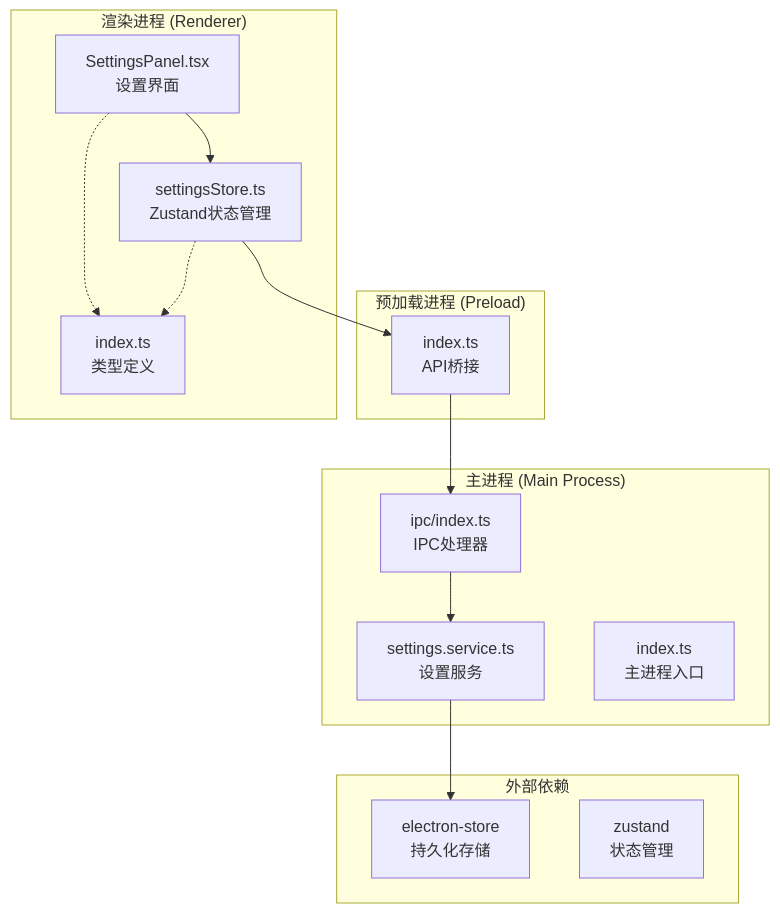
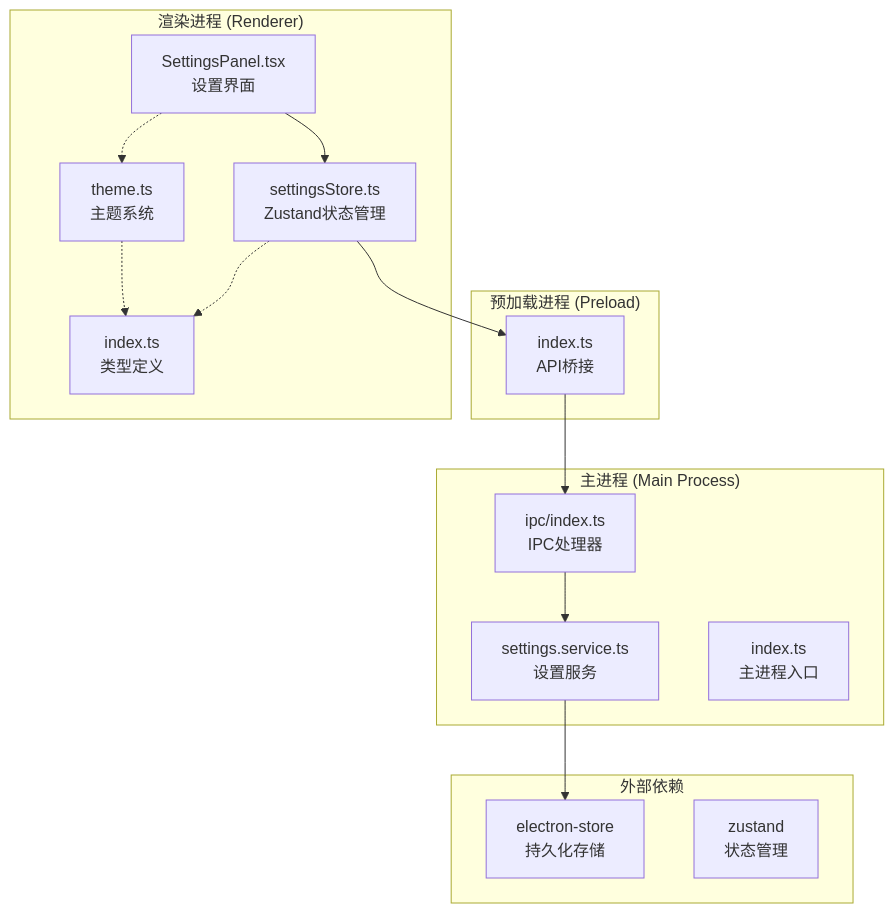
The first of 9 diagrams in .qoder/repowiki/zh/content/核心服务模块/设置管理服务.md (remgasuki/ReDoPhoto), drawn with Mermaid before and after one commit. The commit also changed other lines of this file and 10 other files, not shown here.

````diff
--- a/.qoder/repowiki/zh/content/核心服务模块/设置管理服务.md
+++ b/.qoder/repowiki/zh/content/核心服务模块/设置管理服务.md
@@ -42,27 +53,29 @@
 ```mermaid
 graph TB
 subgraph "主进程 (Main Process)"
 MS[settings.service.ts<br/>设置服务]
 IPC[ipc/index.ts<br/>IPC处理器]
 MAIN[index.ts<br/>主进程入口]
 end
 subgraph "预加载进程 (Preload)"
 PRE[index.ts<br/>API桥接]
 end
 subgraph "渲染进程 (Renderer)"
 STORE[settingsStore.ts<br/>Zustand状态管理]
 UI[SettingsPanel.tsx<br/>设置界面]
 TYPES[index.ts<br/>类型定义]
+THEME[theme.ts<br/>主题系统]
 end
 subgraph "外部依赖"
 ES[electron-store<br/>持久化存储]
 ZU[zustand<br/>状态管理]
 end
 UI --> STORE
 STORE --> PRE
 PRE --> IPC
 IPC --> MS
 MS --> ES
 STORE -.-> TYPES
-UI -.-> TYPES
+UI -.-> THEME
+THEME -.-> TYPES
 ```
````
